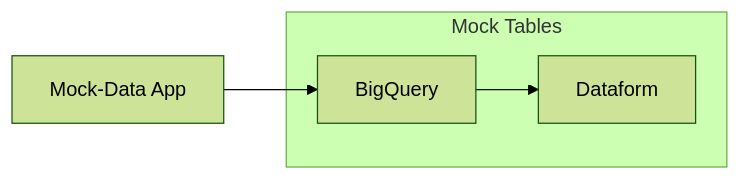
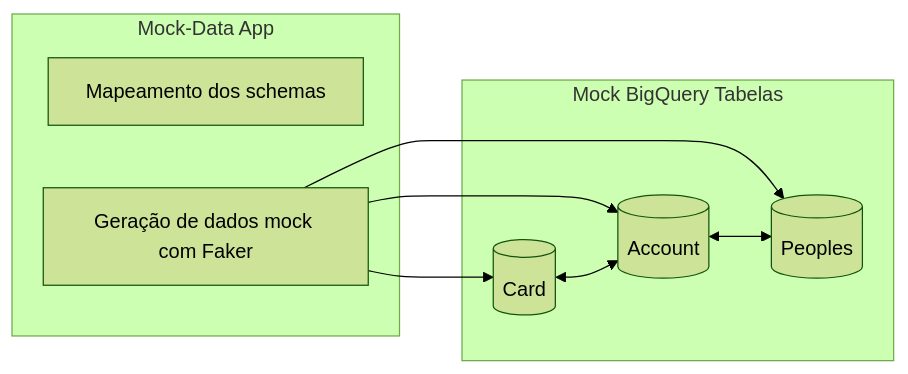
Before and after one commit to 2RP-Squad404/mdg_script: the first of 2 diagrams in README.md, drawn with Mermaid (forest theme). The commit also changed other lines of this file, not shown here.

````diff
--- a/README.md
+++ b/README.md
@@ -17,13 +16,19 @@
 ```mermaid
 graph LR
 
-    o1[Mock-Data App]
-
-    subgraph Mock Tables
-        o3[BigQuery]
-        o4[Dataform]
+    subgraph Mock-Data App 
+        o0[Mapeamento dos schemas]
+        o1[Geração de dados mock com Faker]
     end
 
-    o1 --> o3
-    o3 --> o4
+    subgraph Mock BigQuery Tabelas
+        A[(Card)]
+        B[(Account)]
+        C[(Peoples)]
+    end
+
+    o1 --> B
+    o1 --> A
+    o1 --> C
+    A<-->B<-->C
 ```
````
